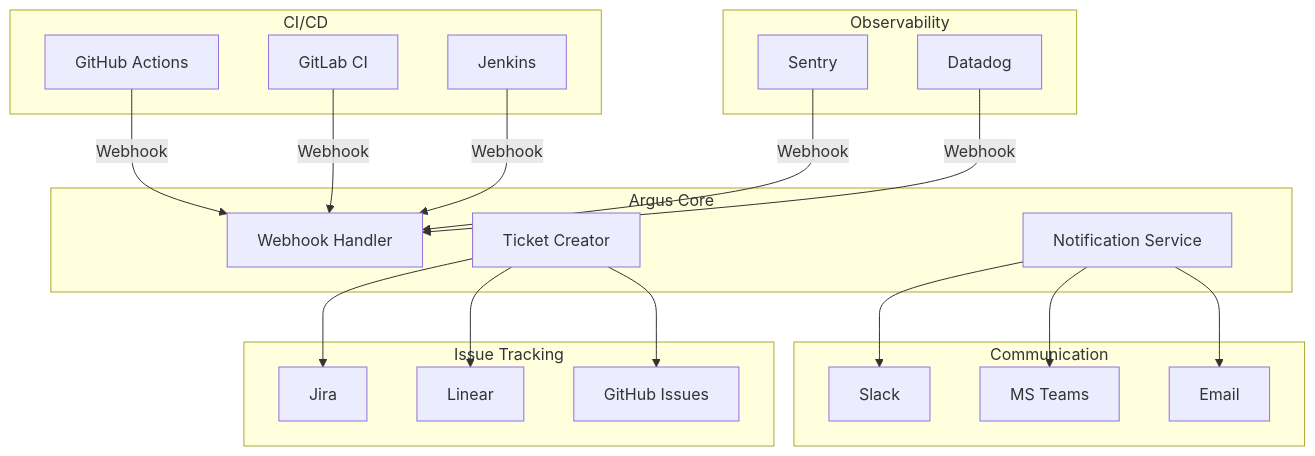
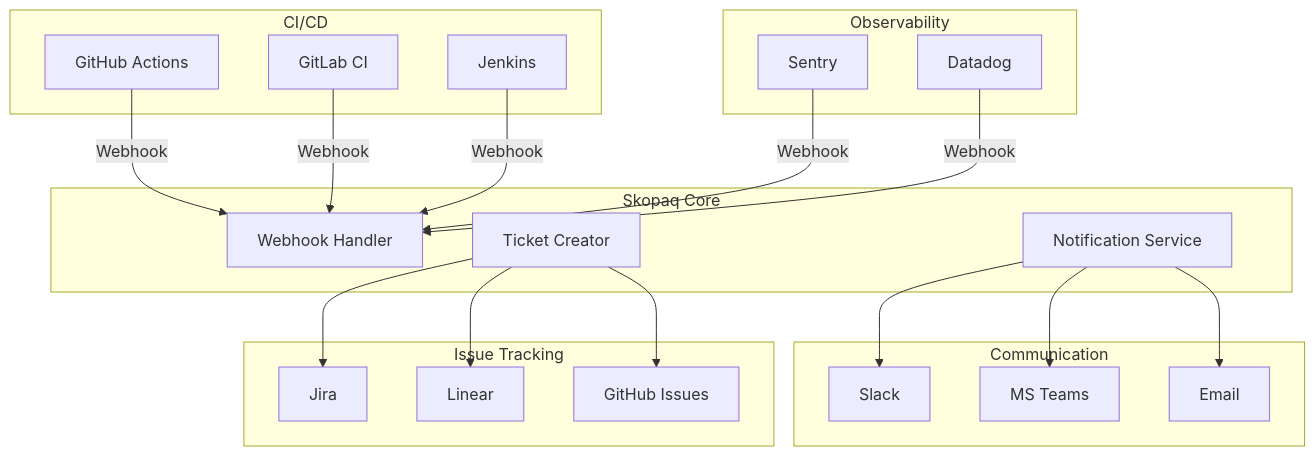
Before and after one commit to skopaq/skopaq-docs: diagram 27 of 30 in docs-site/technical/architecture.md, drawn with Mermaid. The commit also changed other lines of this file and 30 other files, not shown here.

First line of the commit message:
rebrand: replace user-facing Argus → Skopaq (domains, UI text, URLs)

````diff
--- a/docs-site/technical/architecture.md
+++ b/docs-site/technical/architecture.md
@@ -1453,46 +1453,46 @@
 ```mermaid
 graph TB
     subgraph "CI/CD"
         GH_ACTIONS[GitHub Actions]
         GITLAB_CI[GitLab CI]
         JENKINS[Jenkins]
     end
 
     subgraph "Communication"
         SLACK[Slack]
         TEAMS[MS Teams]
         EMAIL[Email]
     end
 
     subgraph "Issue Tracking"
         JIRA[Jira]
         LINEAR[Linear]
         GH_ISSUES[GitHub Issues]
     end
 
     subgraph "Observability"
         SENTRY[Sentry]
         DATADOG[Datadog]
     end
 
-    subgraph "Argus Core"
+    subgraph "Skopaq Core"
         WEBHOOK[Webhook Handler]
         NOTIFIER[Notification Service]
         TICKET[Ticket Creator]
     end
 
     GH_ACTIONS -->|Webhook| WEBHOOK
     GITLAB_CI -->|Webhook| WEBHOOK
     JENKINS -->|Webhook| WEBHOOK
 
     SENTRY -->|Webhook| WEBHOOK
     DATADOG -->|Webhook| WEBHOOK
 
     NOTIFIER --> SLACK
     NOTIFIER --> TEAMS
     NOTIFIER --> EMAIL
 
     TICKET --> JIRA
     TICKET --> LINEAR
     TICKET --> GH_ISSUES
 ```
````
